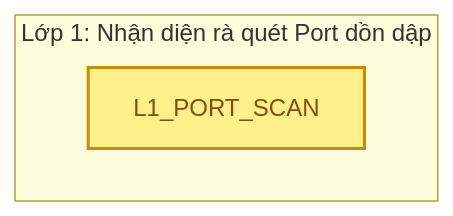
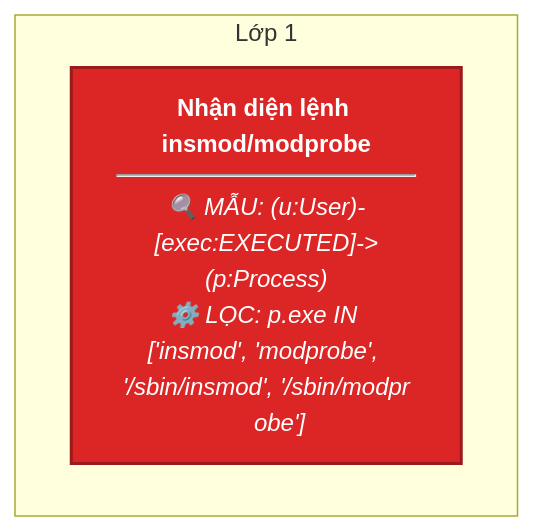
Before and after one commit to ttm62/bug-free-doodle: the seventh of 14 diagrams in all_rules/README.md, drawn with Mermaid. The commit also changed other lines of this file and 31 other files, not shown here.

````diff
--- a/all_rules/README.md
+++ b/all_rules/README.md
@@ -159,11 +114,11 @@
 ```mermaid
 graph TD
     classDef low fill:#fef08a,stroke:#ca8a04,stroke-width:2px,color:#854d0e;
     classDef medium fill:#f97316,stroke:#c2410c,stroke-width:2px,color:#fff;
     classDef high fill:#dc2626,stroke:#991b1b,stroke-width:2px,color:#fff;
     classDef critical fill:#7f1d1d,stroke:#450a0a,stroke-width:2px,color:#fff;
 
-    subgraph Layer1 ["Lớp 1: Nhận diện rà quét Port dồn dập"]
-        L1_PORT_SCAN["L1_PORT_SCAN"]:::low
+    subgraph Layer_L1_KERNEL_MODULE_LOAD ["Lớp 1"]
+        L1_KERNEL_MODULE_LOAD["<b>Nhận diện lệnh insmod/modprobe</b><br/><hr/><i>🔍 MẪU: (u:User)-[exec:EXECUTED]->(p:Process)<br/>⚙️ LỌC: p.exe IN ['insmod', 'modprobe', '/sbin/insmod', '/sbin/modpr<br/>&nbsp;&nbsp;&nbsp;&nbsp;obe']</i>"]:::high
     end
 ```
````
